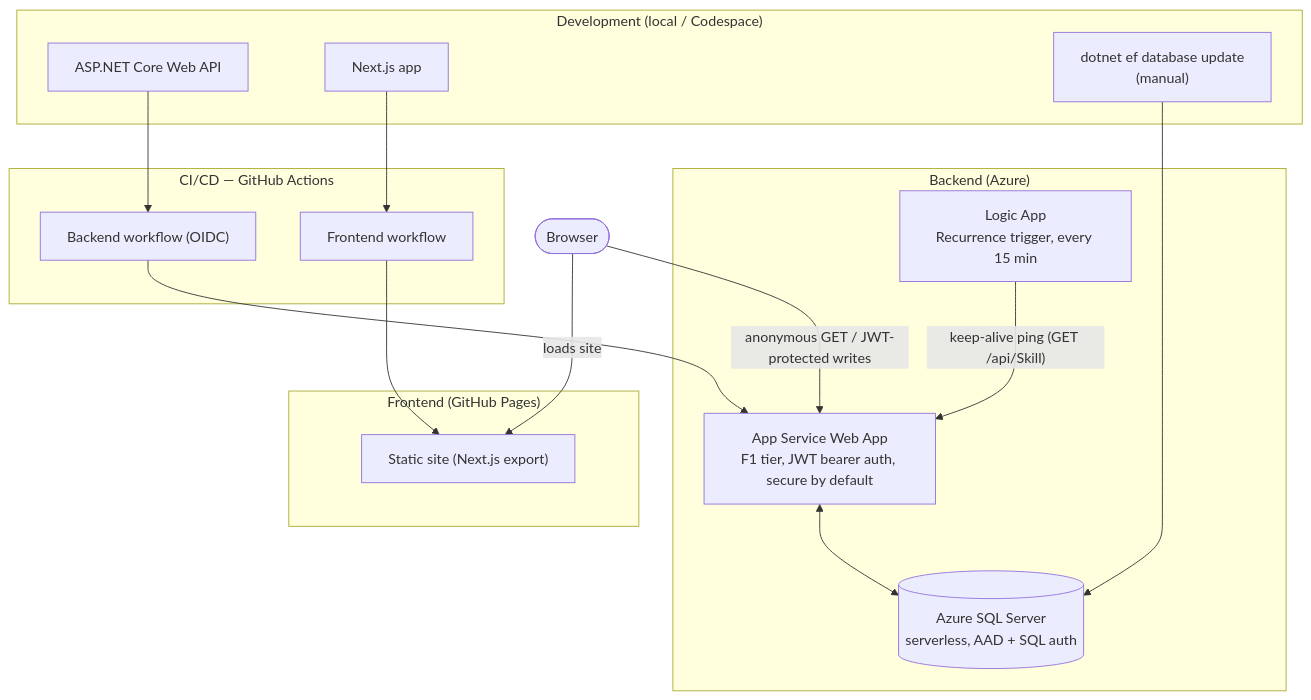
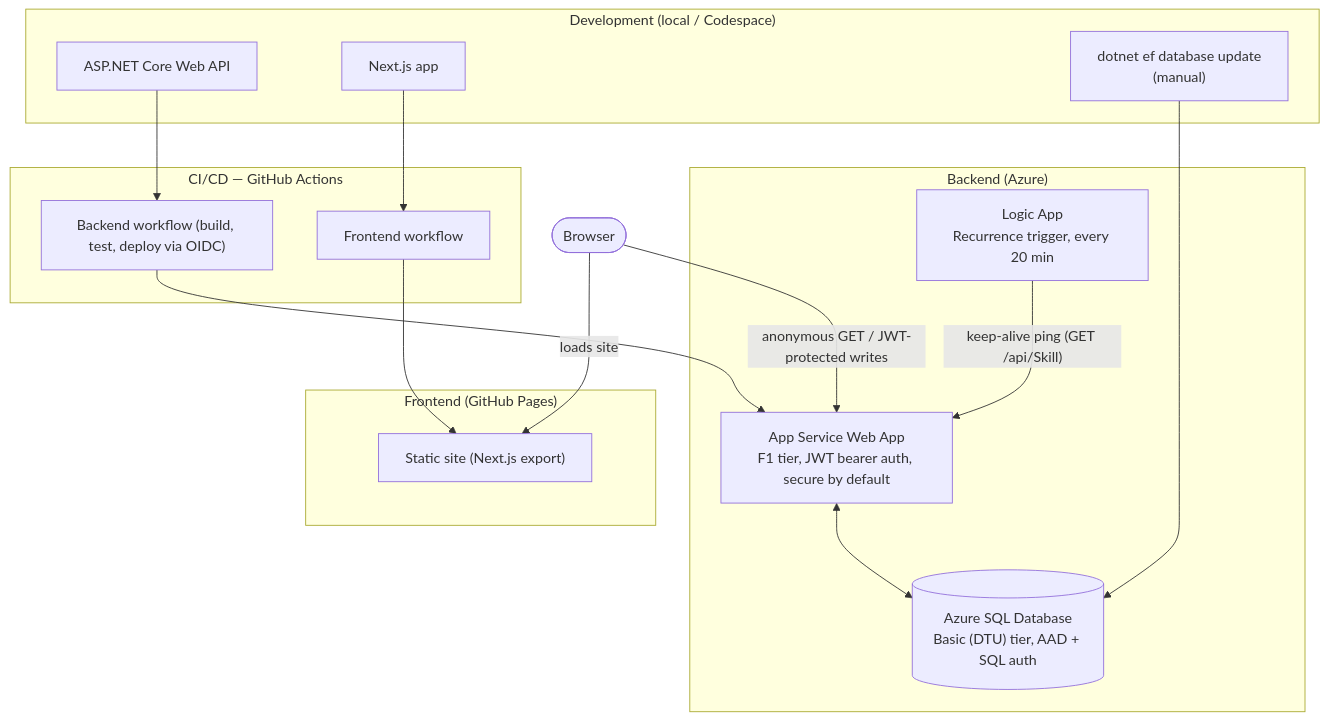
One commit to ejmabunda/ejmabunda-web-api changed the diagram in README.md. Above: the diagram before and after it, drawn with Mermaid. The commit also changed other lines of this file and 12 other files, not shown here.

````diff
--- a/README.md
+++ b/README.md
@@ -34,34 +35,34 @@
 ```mermaid
 flowchart TB
     browser(["Browser"])
 
     subgraph frontend["Frontend (GitHub Pages)"]
         pages["Static site (Next.js export)"]
     end
 
     subgraph backend["Backend (Azure)"]
         appservice["App Service Web App<br/>F1 tier, JWT bearer auth, secure by default"]
-        sql[("Azure SQL Server<br/>serverless, AAD + SQL auth")]
-        logicapp["Logic App<br/>Recurrence trigger, every 15 min"]
+        sql[("Azure SQL Database<br/>Basic (DTU) tier, AAD + SQL auth")]
+        logicapp["Logic App<br/>Recurrence trigger, every 20 min"]
         appservice <--> sql
         logicapp -->|"keep-alive ping (GET /api/Skill)"| appservice
     end
 
     subgraph dev["Development (local / Codespace)"]
         api_src["ASP.NET Core Web API"]
         web_src["Next.js app"]
         migrate["dotnet ef database update<br/>(manual)"]
     end
 
     subgraph cicd["CI/CD — GitHub Actions"]
-        backend_wf["Backend workflow (OIDC)"]
+        backend_wf["Backend workflow (build, test, deploy via OIDC)"]
         frontend_wf["Frontend workflow"]
     end
 
     browser -->|loads site| pages
     browser -->|"anonymous GET / JWT-protected writes"| appservice
 
     api_src --> backend_wf --> appservice
     web_src --> frontend_wf --> pages
     migrate --> sql
 ```
````
